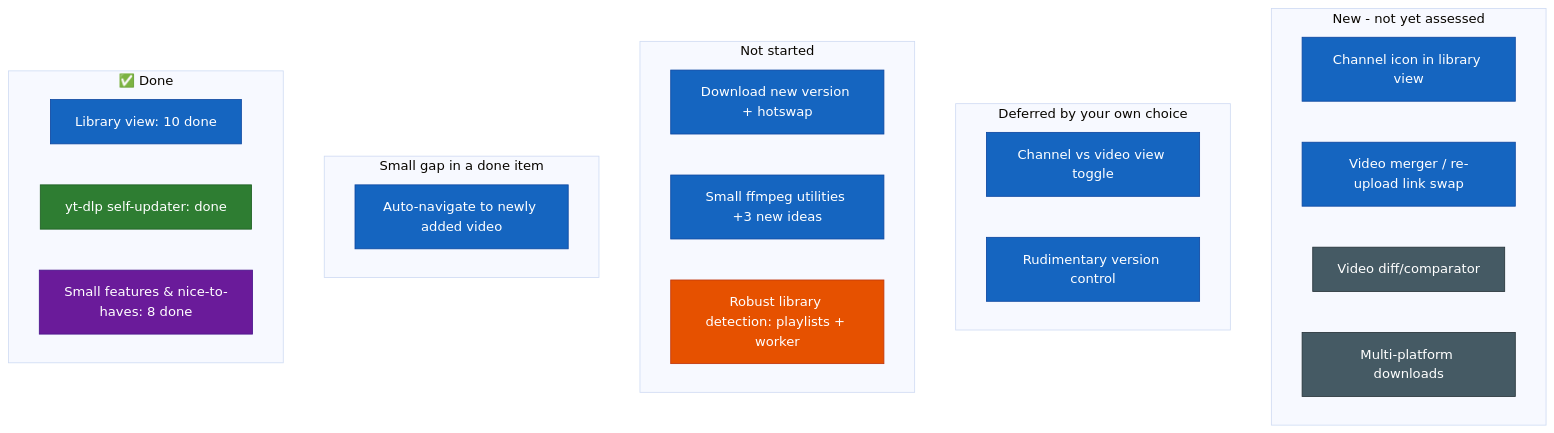
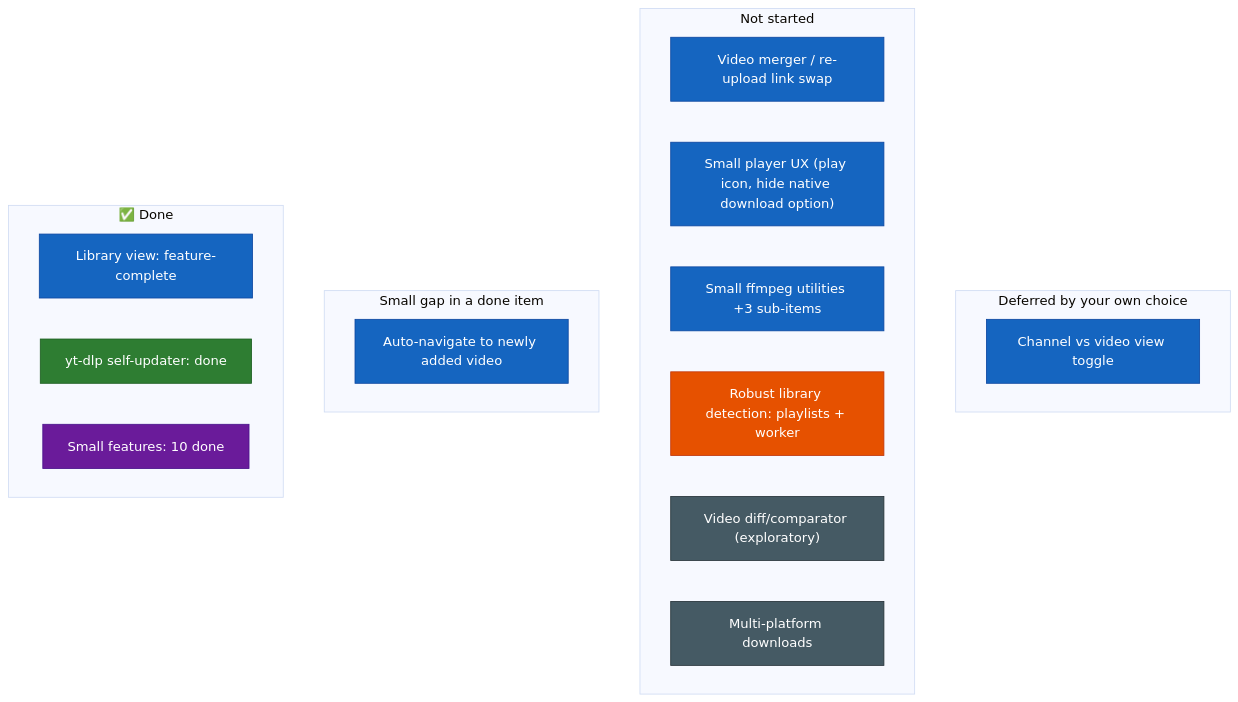
One commit to SlothSoftworks/Sloth-Archiver changed the diagram in futureSpecsFeedback.md. Above: the diagram before and after it, drawn with Mermaid (base theme). The commit also changed other lines of this file, not shown here.

````diff
--- a/futureSpecsFeedback.md
+++ b/futureSpecsFeedback.md
@@ -30,49 +30,43 @@
 ```mermaid
 flowchart LR
     classDef library fill:#1565c0,stroke:#0d47a1,color:#fff
     classDef updater fill:#2e7d32,stroke:#1b5e20,color:#fff
     classDef playlist fill:#e65100,stroke:#bf360c,color:#fff
     classDef smallfeat fill:#6a1b9a,stroke:#4a148c,color:#fff
     classDef longshot fill:#455a64,stroke:#263238,color:#fff
 
     subgraph DONE["✅ Done"]
         direction LR
-        d1["Library view: 10 done"]
+        d1["Library view: feature-complete"]
         d2["yt-dlp self-updater: done"]
-        d3["Small features & nice-to-haves: 8 done"]
+        d3["Small features: 10 done"]
     end
 
     subgraph PARTIAL["Small gap in a done item"]
         direction LR
         p1["Auto-navigate to newly added video"]
     end
 
     subgraph TODO["Not started"]
         direction LR
-        t1["Download new version + hotswap"]
-        t2["Small ffmpeg utilities +3 new ideas"]
-        t3["Robust library detection: playlists + worker"]
+        t1["Video merger / re-upload link swap"]
+        t2["Small player UX (play icon, hide native download option)"]
+        t3["Small ffmpeg utilities +3 sub-items"]
+        t4["Robust library detection: playlists + worker"]
+        t5["Video diff/comparator (exploratory)"]
+        t6["Multi-platform downloads"]
     end
 
     subgraph DEFERRED["Deferred by your own choice"]
         direction LR
         x1["Channel vs video view toggle"]
-        x2["Rudimentary version control"]
     end
 
-    subgraph NEW["New - not yet assessed"]
-        direction LR
-        n1["Channel icon in library view"]
-        n2["Video merger / re-upload link swap"]
-        n3["Video diff/comparator"]
-        n4["Multi-platform downloads"]
-    end
+    DONE ~~~ PARTIAL ~~~ TODO ~~~ DEFERRED
 
-    DONE ~~~ PARTIAL ~~~ TODO ~~~ DEFERRED ~~~ NEW
-
-    class d1,p1,t1,t2,x1,x2,n1,n2 library
+    class d1,p1,t1,t2,t3,x1 library
     class d2 updater
-    class t3 playlist
+    class t4 playlist
     class d3 smallfeat
-    class n3,n4 longshot
+    class t5,t6 longshot
 ```
````
